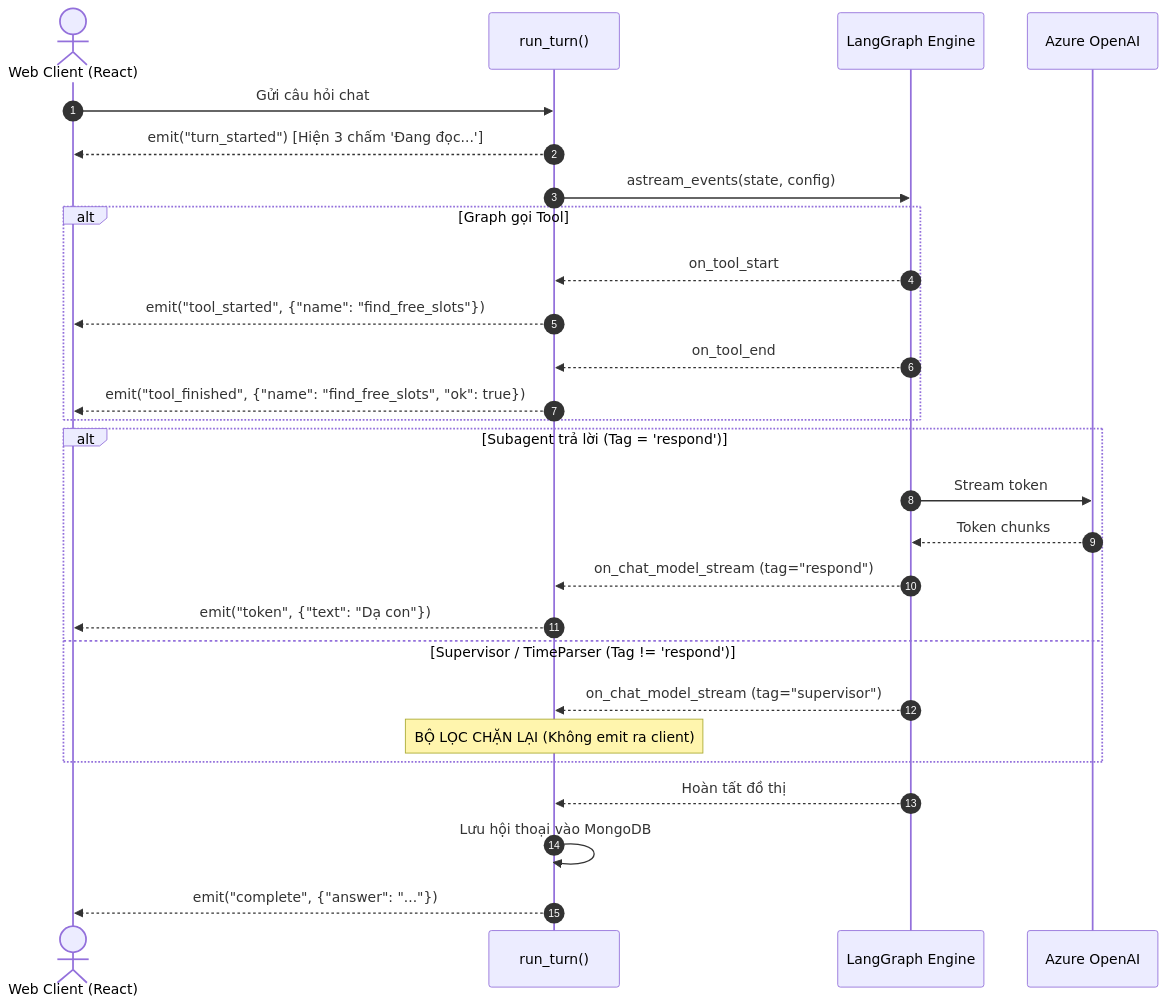
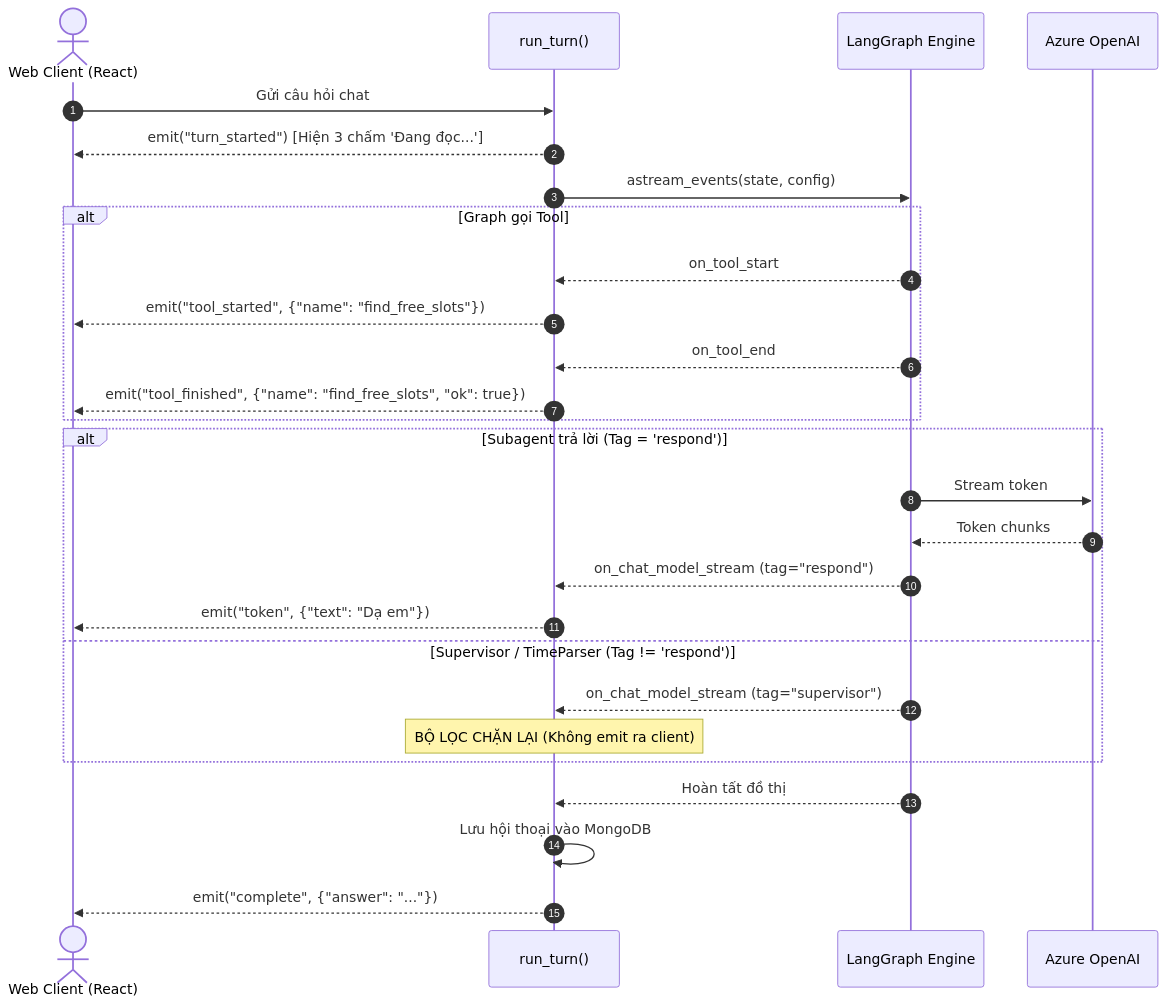
One commit to BuiHenry1404/salona-booking changed the second of 2 diagrams in docs/AGENT_GRAPH_TRACE.md. Above: the diagram before and after it, drawn with Mermaid. The commit also changed other lines of this file and 35 other files, not shown here.

````diff
--- a/docs/AGENT_GRAPH_TRACE.md
+++ b/docs/AGENT_GRAPH_TRACE.md
@@ -217,34 +217,34 @@
 ```mermaid
 sequenceDiagram
     autonumber
     actor Client as Web Client (React)
     participant Engine as run_turn()
     participant Graph as LangGraph Engine
     participant LLM as Azure OpenAI
 
     Client->>Engine: Gửi câu hỏi chat
     Engine-->>Client: emit("turn_started") [Hiện 3 chấm 'Đang đọc...']
     
     Engine->>Graph: astream_events(state, config)
     
     alt Graph gọi Tool
         Graph-->>Engine: on_tool_start
         Engine-->>Client: emit("tool_started", {"name": "find_free_slots"})
         Graph-->>Engine: on_tool_end
         Engine-->>Client: emit("tool_finished", {"name": "find_free_slots", "ok": true})
     end
 
     alt Subagent trả lời (Tag = 'respond')
         Graph->>LLM: Stream token
         LLM-->>Graph: Token chunks
         Graph-->>Engine: on_chat_model_stream (tag="respond")
-        Engine-->>Client: emit("token", {"text": "Dạ con"})
+        Engine-->>Client: emit("token", {"text": "Dạ em"})
     else Supervisor / TimeParser (Tag != 'respond')
         Graph-->>Engine: on_chat_model_stream (tag="supervisor")
         Note over Engine: BỘ LỌC CHẶN LẠI (Không emit ra client)
     end
 
     Graph-->>Engine: Hoàn tất đồ thị
     Engine->>Engine: Lưu hội thoại vào MongoDB
     Engine-->>Client: emit("complete", {"answer": "..."})
 ```
````
